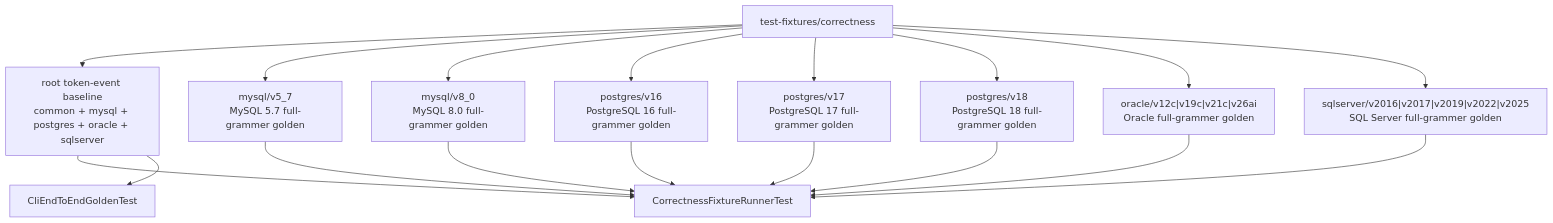
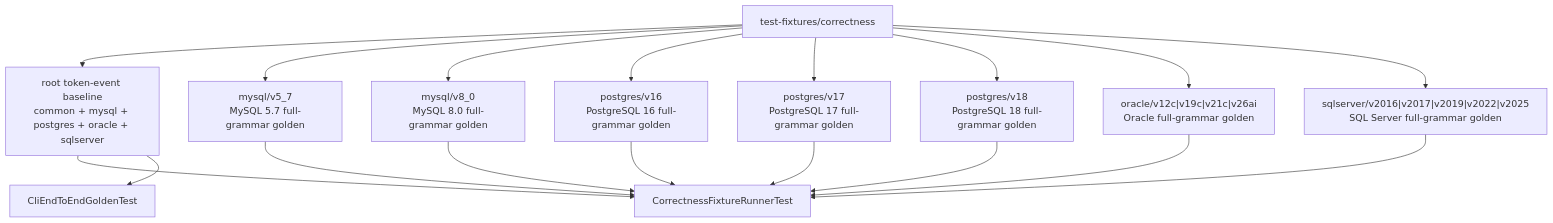
The seventh of 7 diagrams in docs/design/relation-detector/phase-06-parser-enhancement.md (xiaoguang/relation-detector), drawn with Mermaid before and after one commit. The commit also changed other lines of this file and 1716 other files, not shown here.

````diff
--- a/docs/design/relation-detector/phase-06-parser-enhancement.md
+++ b/docs/design/relation-detector/phase-06-parser-enhancement.md
@@ -513,34 +525,34 @@
 ```mermaid
 flowchart TD
   fixtures["test-fixtures/correctness"]
   tokenRoot["root token-event baseline\ncommon + mysql + postgres + oracle + sqlserver"]
-  mysql57["mysql/v5_7\nMySQL 5.7 full-grammer golden"]
-  mysql8["mysql/v8_0\nMySQL 8.0 full-grammer golden"]
-  pg16["postgres/v16\nPostgreSQL 16 full-grammer golden"]
-  pg17["postgres/v17\nPostgreSQL 17 full-grammer golden"]
-  pg18["postgres/v18\nPostgreSQL 18 full-grammer golden"]
-  ora["oracle/v12c|v19c|v21c|v26ai\nOracle full-grammer golden"]
-  mssql["sqlserver/v2016|v2017|v2019|v2022|v2025\nSQL Server full-grammer golden"]
+  mysql57["mysql/v5_7\nMySQL 5.7 full-grammar golden"]
+  mysql8["mysql/v8_0\nMySQL 8.0 full-grammar golden"]
+  pg16["postgres/v16\nPostgreSQL 16 full-grammar golden"]
+  pg17["postgres/v17\nPostgreSQL 17 full-grammar golden"]
+  pg18["postgres/v18\nPostgreSQL 18 full-grammar golden"]
+  ora["oracle/v12c|v19c|v21c|v26ai\nOracle full-grammar golden"]
+  mssql["sqlserver/v2016|v2017|v2019|v2022|v2025\nSQL Server full-grammar golden"]
   runner["CorrectnessFixtureRunnerTest"]
   cliE2E["CliEndToEndGoldenTest"]
 
   fixtures --> tokenRoot
   fixtures --> mysql57
   fixtures --> mysql8
   fixtures --> pg16
   fixtures --> pg17
   fixtures --> pg18
   fixtures --> ora
   fixtures --> mssql
 
   tokenRoot --> runner
   mysql57 --> runner
   mysql8 --> runner
   pg16 --> runner
   pg17 --> runner
   pg18 --> runner
   ora --> runner
   mssql --> runner
 
   tokenRoot --> cliE2E
 ```
````
